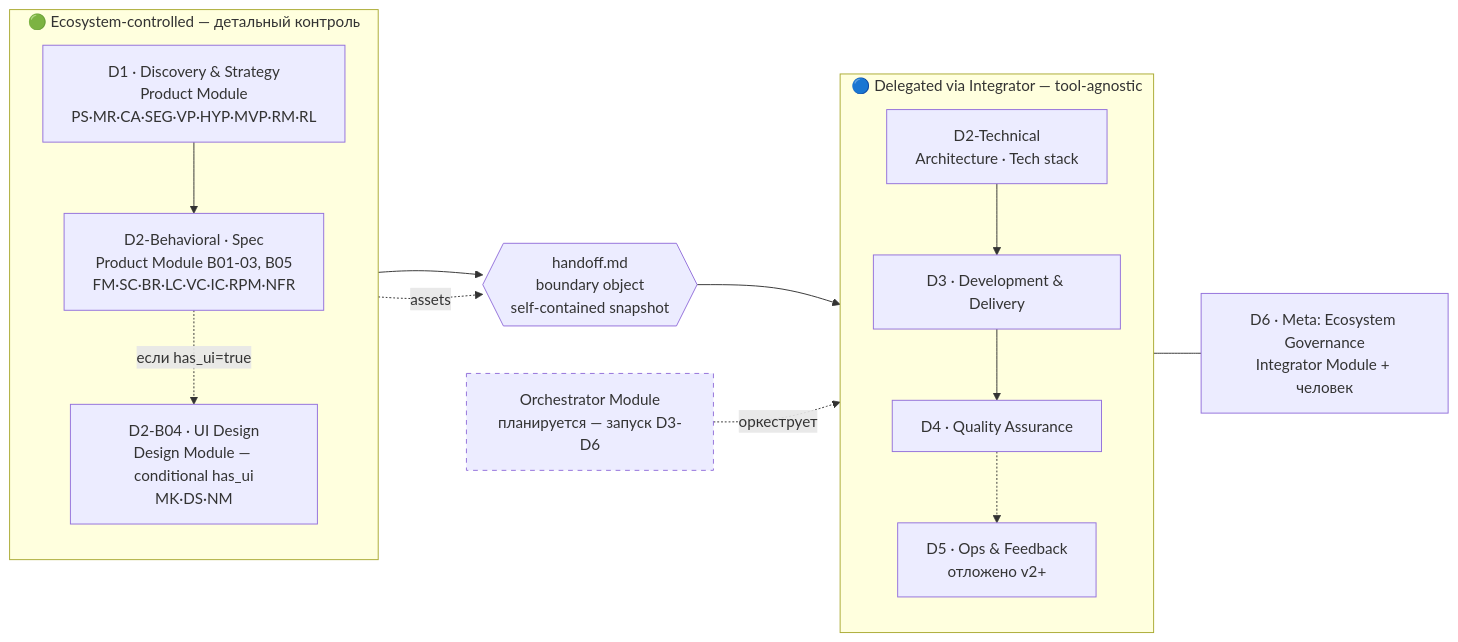
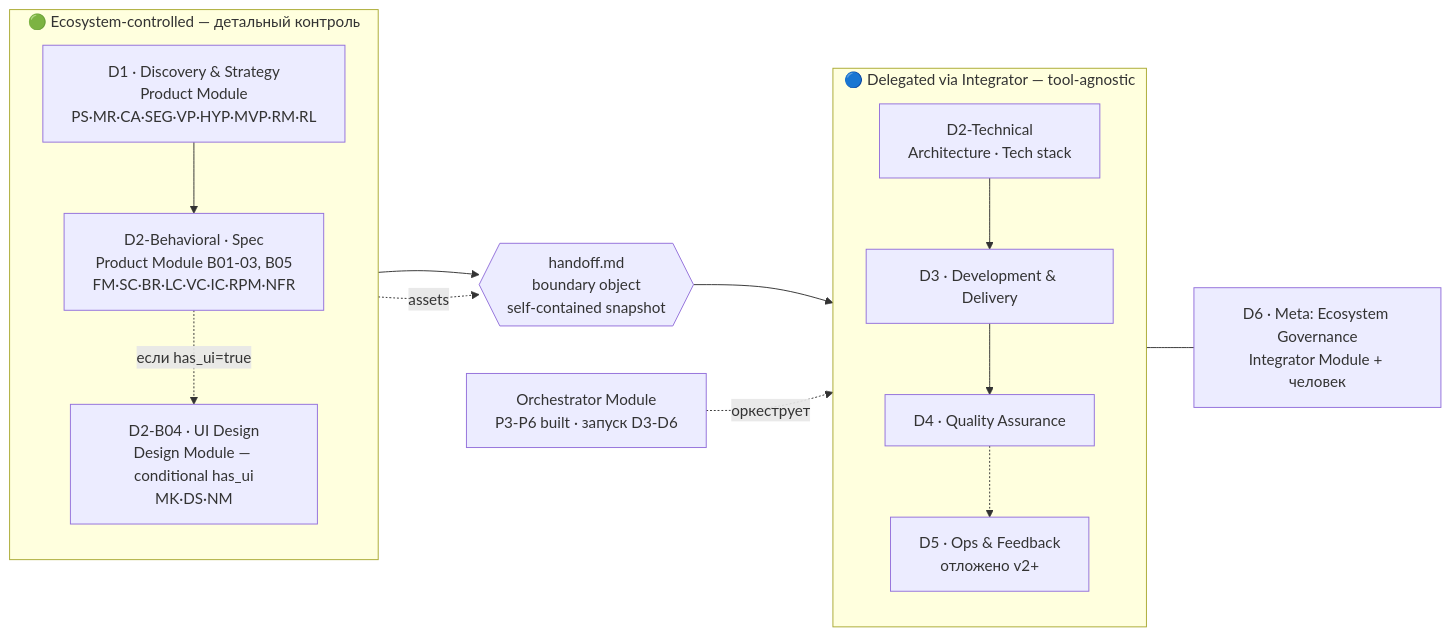
Before and after one commit to IlyaNSV/claude-ecosystem-3.0: the first of 2 diagrams in docs/MAP.md, drawn with Mermaid. The commit also changed other lines of this file and 8 other files, not shown here.

````diff
--- a/docs/MAP.md
+++ b/docs/MAP.md
@@ -20,32 +20,32 @@
 ```mermaid
 flowchart LR
     subgraph ECO["🟢 Ecosystem-controlled — детальный контроль"]
         direction TB
         D1["D1 · Discovery & Strategy<br/>Product Module<br/>PS·MR·CA·SEG·VP·HYP·MVP·RM·RL"]
         D2B["D2-Behavioral · Spec<br/>Product Module B01-03, B05<br/>FM·SC·BR·LC·VC·IC·RPM·NFR"]
         D2D["D2-B04 · UI Design<br/>Design Module — conditional has_ui<br/>MK·DS·NM"]
         D1 --> D2B
         D2B -. "если has_ui=true" .-> D2D
     end
 
     HO{{"handoff.md<br/>boundary object<br/>self-contained snapshot"}}
     D2B --> HO
     D2D -. assets .-> HO
 
     subgraph EXT["🔵 Delegated via Integrator — tool-agnostic"]
         direction TB
         D2T["D2-Technical<br/>Architecture · Tech stack"]
         D3["D3 · Development & Delivery"]
         D4["D4 · Quality Assurance"]
         D5["D5 · Ops & Feedback<br/>отложено v2+"]
         D2T --> D3 --> D4 -.-> D5
     end
     HO --> D2T
 
-    ORC["Orchestrator Module<br/>планируется — запуск D3-D6"]:::planned
+    ORC["Orchestrator Module<br/>P3-P6 built · запуск D3-D6"]
     ORC -. оркеструет .-> EXT
     D6["D6 · Meta: Ecosystem Governance<br/>Integrator Module + человек"]
     EXT --- D6
 
     classDef planned stroke-dasharray: 5 5;
 ```
````
